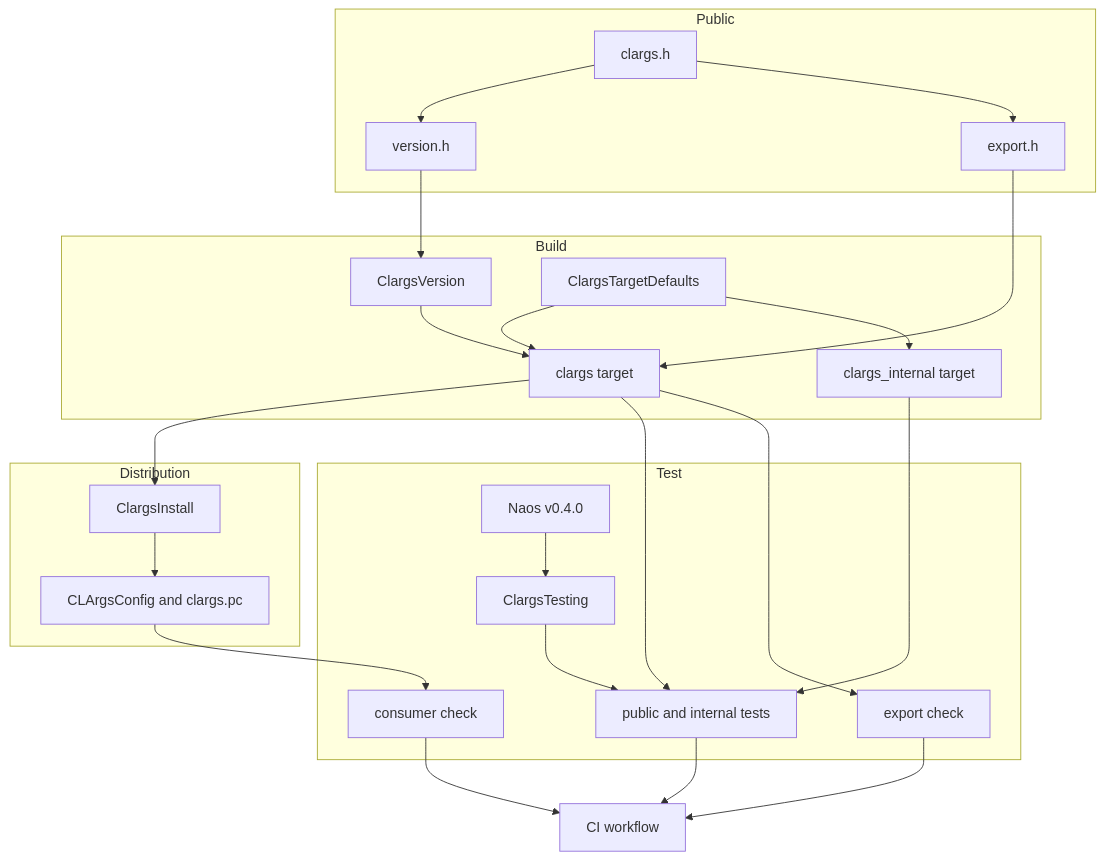
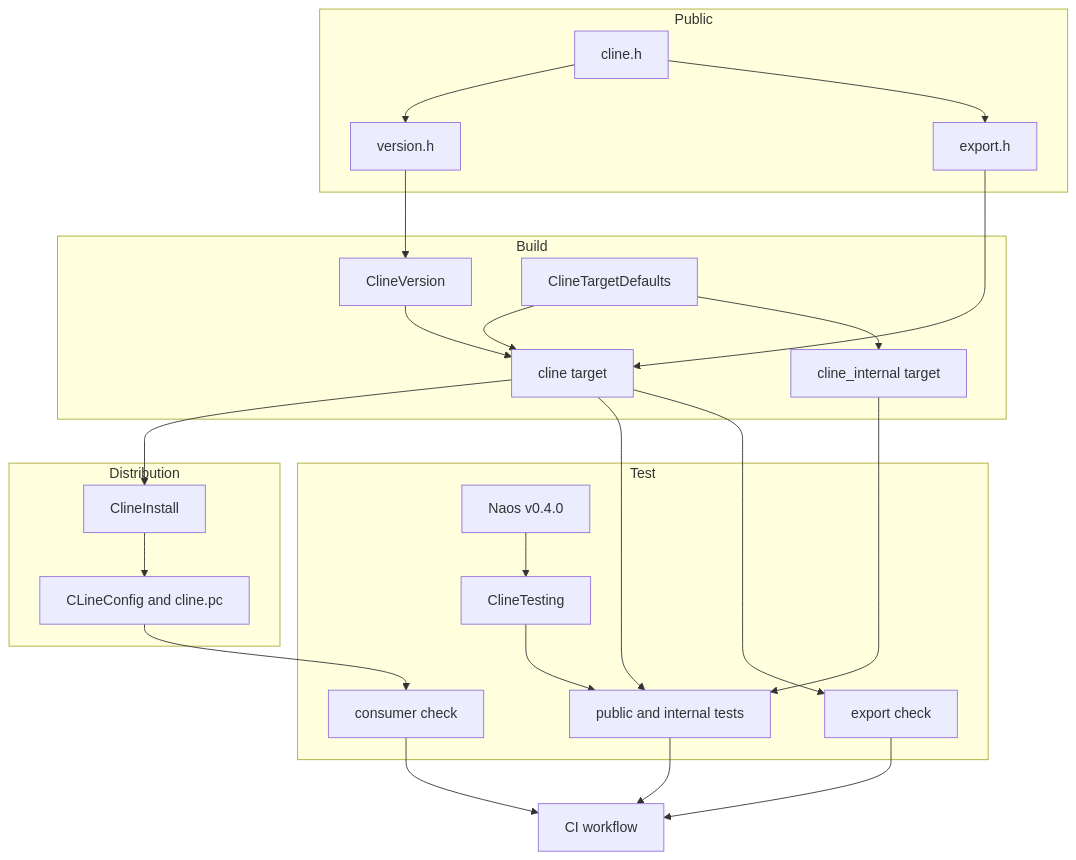
One commit to ktdevx/cargs changed the first of 3 diagrams in .kiro/specs/build-foundation/design.md. Above: the diagram before and after it, drawn with Mermaid. The commit also changed other lines of this file and 177 other files, not shown here.

First line of the commit message:
Rename project from CLArgs to CLine

````diff
--- a/.kiro/specs/build-foundation/design.md
+++ b/.kiro/specs/build-foundation/design.md
@@ -69,45 +69,45 @@
 ```mermaid
 graph TB
     subgraph Public
         VersionHeader[version.h]
         ExportHeader[export.h]
-        Umbrella[clargs.h]
+        Umbrella[cline.h]
     end
     subgraph Build
-        VersionReader[ClargsVersion]
-        TargetDefaults[ClargsTargetDefaults]
-        Library[clargs target]
-        Internal[clargs_internal target]
+        VersionReader[ClineVersion]
+        TargetDefaults[ClineTargetDefaults]
+        Library[cline target]
+        Internal[cline_internal target]
     end
     subgraph Distribution
-        Install[ClargsInstall]
-        Package[CLArgsConfig and clargs.pc]
+        Install[ClineInstall]
+        Package[CLineConfig and cline.pc]
     end
     subgraph Test
-        Testing[ClargsTesting]
+        Testing[ClineTesting]
         Naos[Naos v0.4.0]
         Tests[public and internal tests]
         ExportCheck[export check]
         Consumer[consumer check]
     end
     CI[CI workflow]
 
     VersionHeader --> VersionReader
     VersionReader --> Library
     Umbrella --> VersionHeader
     Umbrella --> ExportHeader
     ExportHeader --> Library
     TargetDefaults --> Library
     TargetDefaults --> Internal
     Library --> Install
     Install --> Package
     Library --> Tests
     Internal --> Tests
     Naos --> Testing
     Testing --> Tests
     Library --> ExportCheck
     Package --> Consumer
     Tests --> CI
     ExportCheck --> CI
     Consumer --> CI
 ```
````
